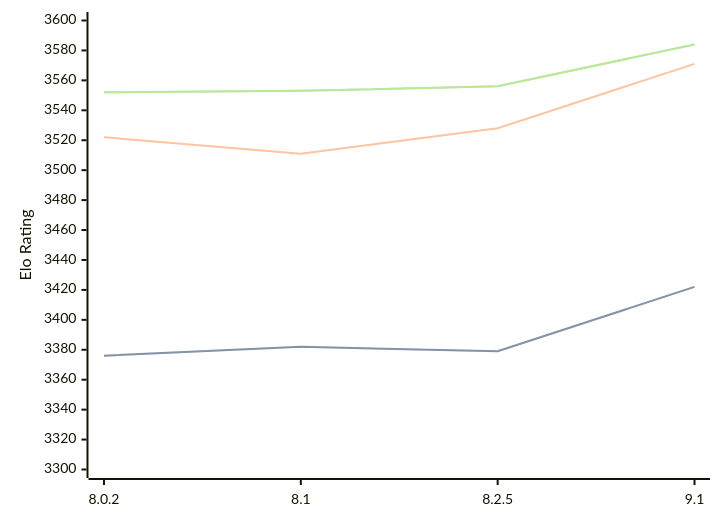
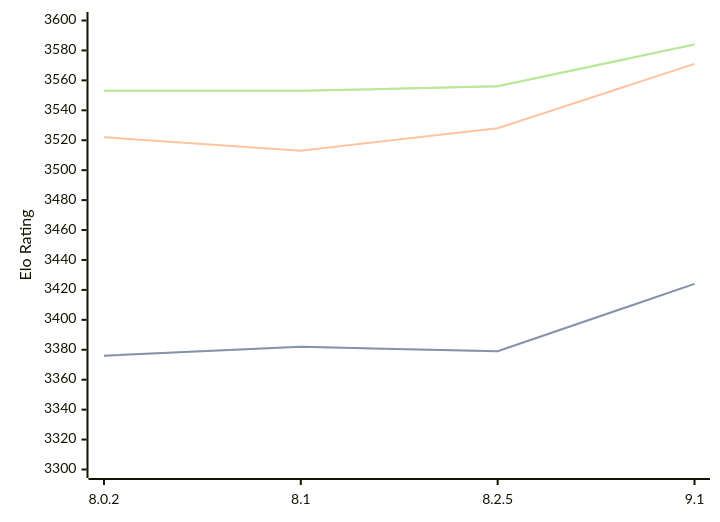
The diagram in engines/Clover.md (computer-chess-index/cci), drawn with Mermaid before and after one commit. The commit also changed other lines of this file, not shown here.

Commit message:
Update CCI Ratings (ELO VLTC) - 2026-02-21

````diff
--- a/engines/Clover.md
+++ b/engines/Clover.md
@@ -61,11 +61,11 @@
 ```mermaid
 %%{init: {"theme":"base","themeVariables":{"seriesColors:['#a3a3a3','#222221','#faa371']}}}%%
 xychart-beta
   x-axis ["8.0.2", "8.1", "8.2.5", "9.1"]
   y-axis "Elo Rating" 3300 --> 3600
-  line "STC (8.0+0.08s)" [3376, 3382, 3379, 3422]
-  line "STC (8.0+0.08s)" [3376, 3382, 3379, 3422]
-  line "LTC (60.0+0.60s)" [3522, 3511, 3528, 3571]
-  line "VLTC (2m24s+1.12s)" [3552, 3553, 3556, 3584]
-  line "VLTC (2m24s+1.12s)" [3552, 3553, 3556, 3584]
+  line "STC (8.0+0.08s)" [3376, 3382, 3379, 3424]
+  line "STC (8.0+0.08s)" [3376, 3382, 3379, 3424]
+  line "LTC (60.0+0.60s)" [3522, 3513, 3528, 3571]
+  line "VLTC (2m24s+1.12s)" [3553, 3553, 3556, 3584]
+  line "VLTC (2m24s+1.12s)" [3553, 3553, 3556, 3584]
 ```
````
